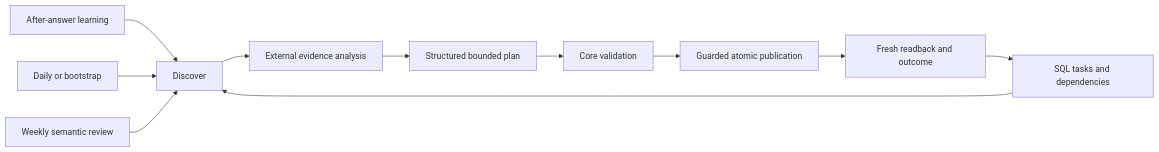
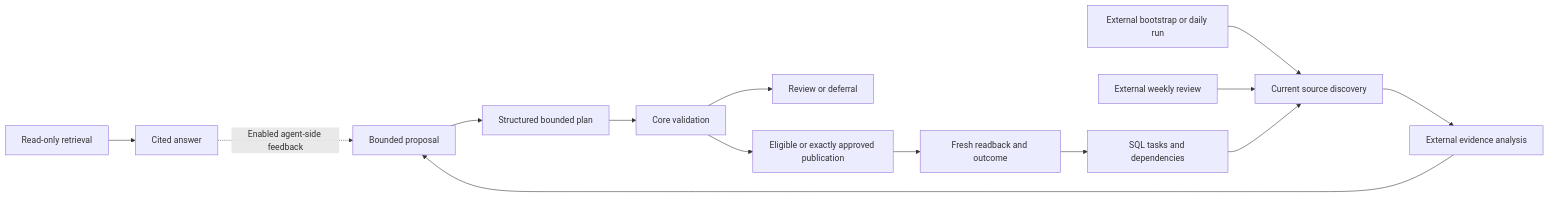
The first of 2 diagrams in docs/knowledge-compilation/PLAN.md (Stell0/ns8-czero), drawn with Mermaid before and after one commit. The commit also changed other lines of this file and 22 other files, not shown here.

````diff
--- a/docs/knowledge-compilation/PLAN.md
+++ b/docs/knowledge-compilation/PLAN.md
@@ -60,13 +60,16 @@
 ```mermaid
 flowchart LR
-  Retrieval[After-answer learning] --> Discover
-  Daily[Daily or bootstrap] --> Discover
-  Weekly[Weekly semantic review] --> Discover
+  Search[Read-only retrieval] --> Answer[Cited answer]
+  Answer -. Enabled agent-side feedback .-> Proposal[Bounded proposal]
+  Daily[External bootstrap or daily run] --> Discover[Current source discovery]
+  Weekly[External weekly review] --> Discover
   Discover --> Analyze[External evidence analysis]
-  Analyze --> Plan[Structured bounded plan]
+  Analyze --> Proposal
+  Proposal --> Plan[Structured bounded plan]
   Plan --> Validate[Core validation]
-  Validate --> Apply[Guarded atomic publication]
+  Validate --> Hold[Review or deferral]
+  Validate --> Apply[Eligible or exactly approved publication]
   Apply --> Verify[Fresh readback and outcome]
   Verify --> Queue[SQL tasks and dependencies]
   Queue --> Discover
 ```
````
